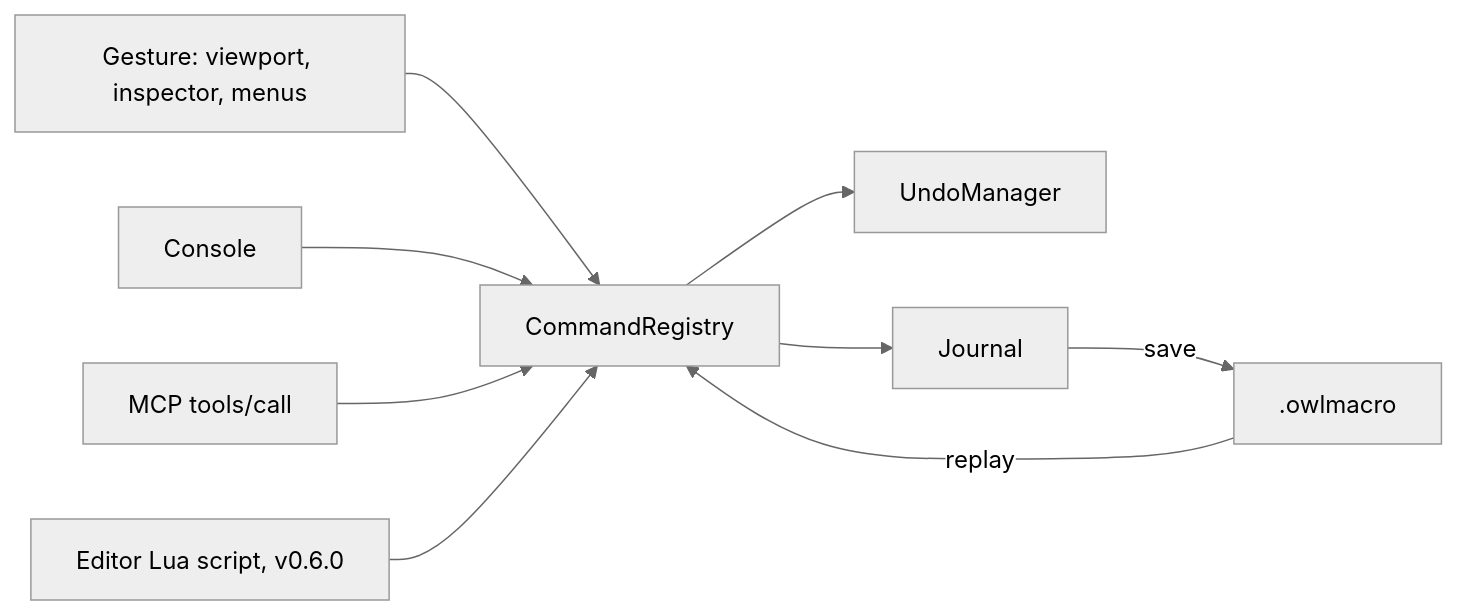
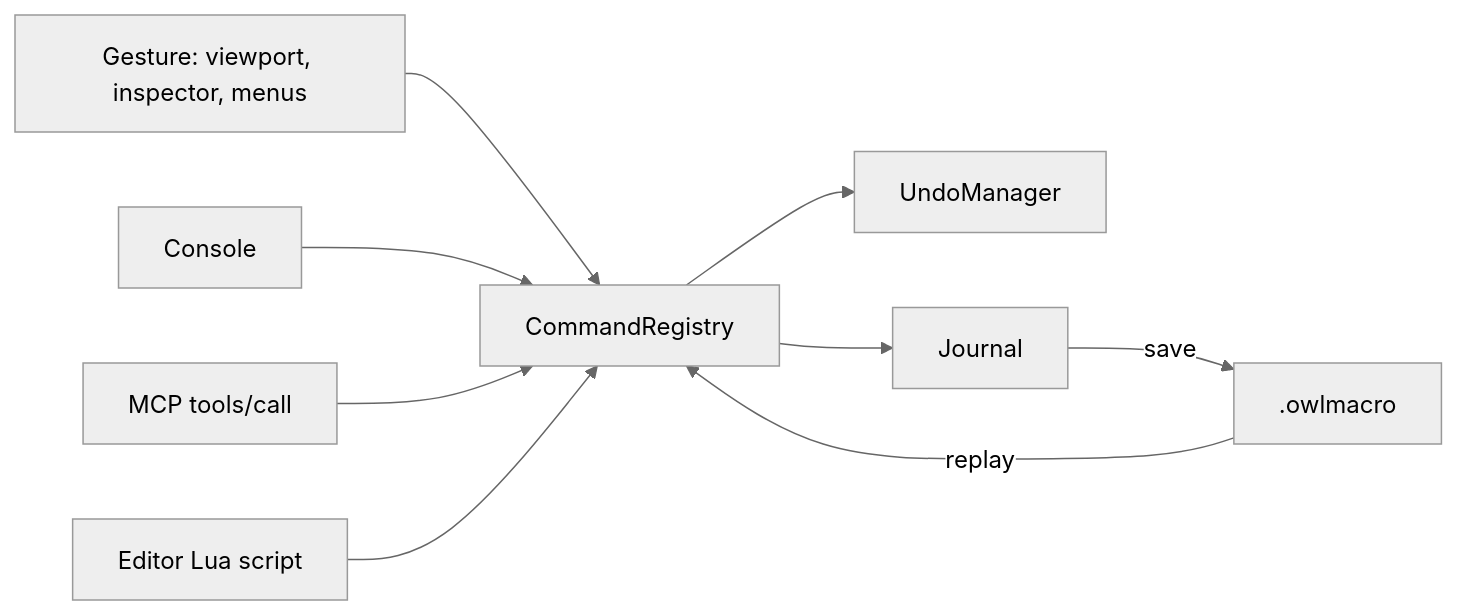
One commit to Silmaen/Owl changed the diagram in doc/pages/design/editor-scripting.md. Above: the diagram before and after it, drawn with Mermaid (neutral theme). The commit also changed other lines of this file and 137 other files, not shown here.

````diff
--- a/doc/pages/design/editor-scripting.md
+++ b/doc/pages/design/editor-scripting.md
@@ -15,11 +14,11 @@
 ```mermaid
 flowchart LR
     G[Gesture: viewport, inspector, menus] --> R[CommandRegistry]
     C[Console] --> R
     M[MCP tools/call] --> R
-    L[Editor Lua script, v0.6.0] --> R
+    L[Editor Lua script] --> R
     R --> U[UndoManager]
     R --> J[Journal]
     J -->|save| F[.owlmacro]
     F -->|replay| R
 ```
````
